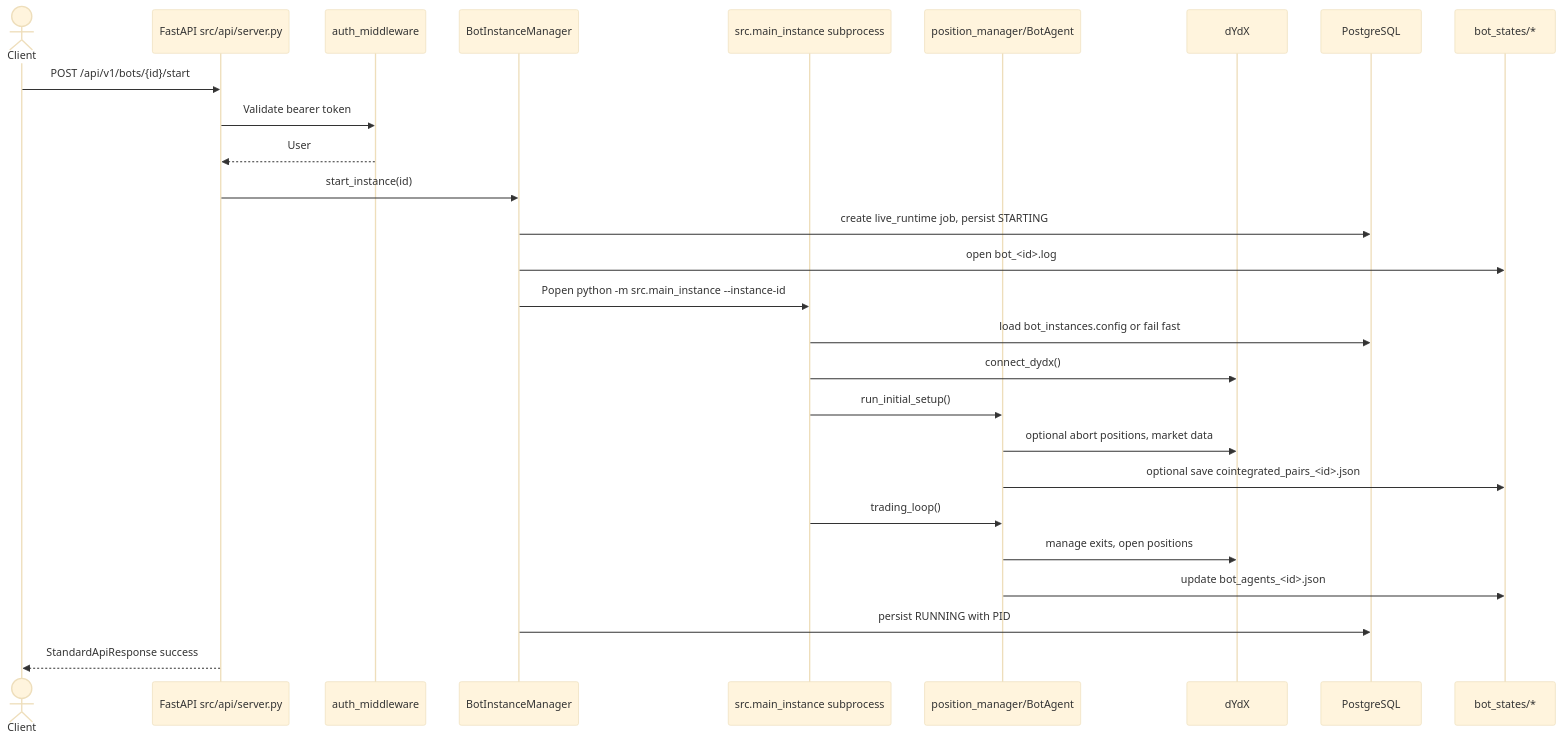
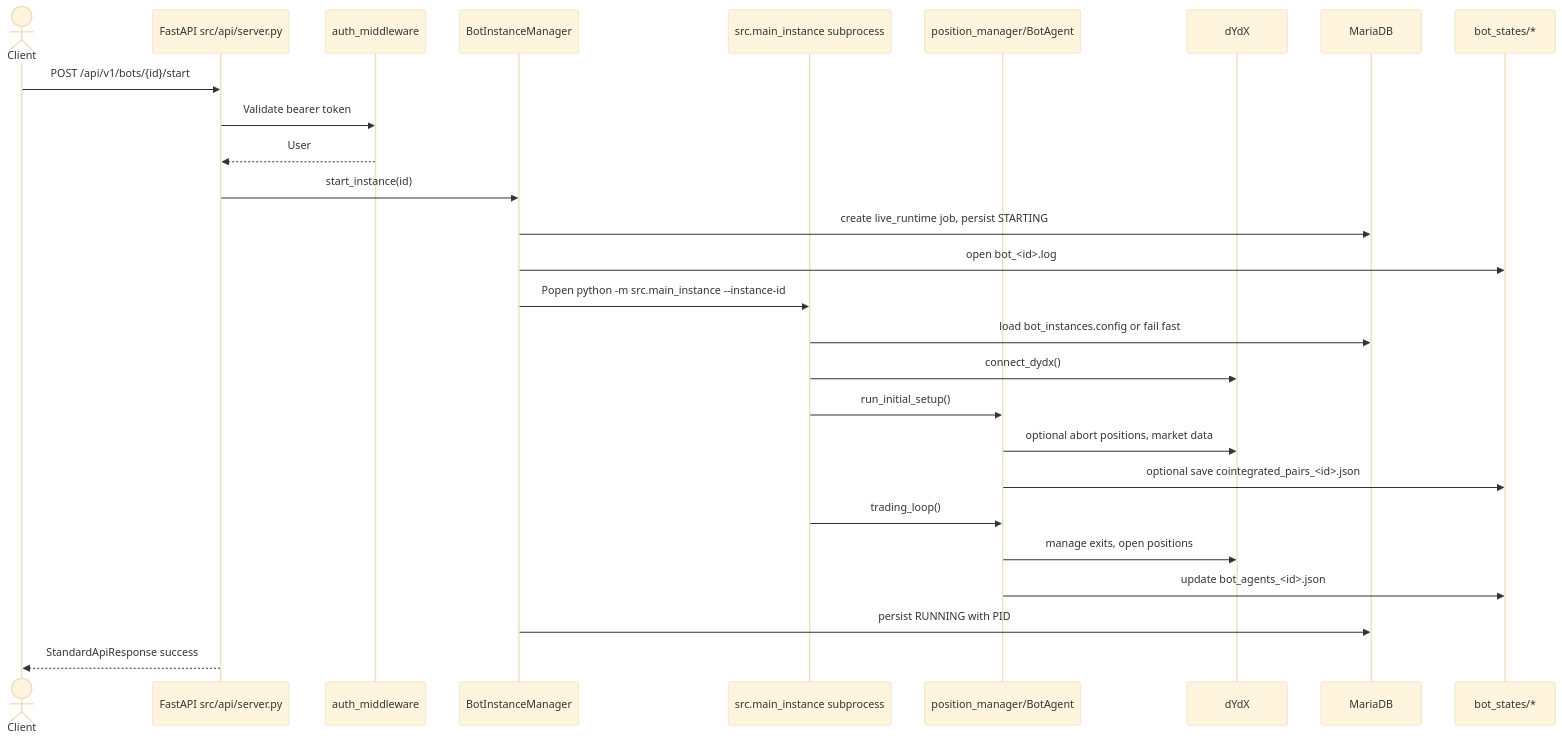
Before and after one commit to cploutarchou/dydx-trading-bot: the sixth of 9 diagrams in bot/docs/BOT_FLOWS.md, drawn with Mermaid (base theme). The commit also changed other lines of this file and 128 other files, not shown here.

First line of the commit message:
feat: migrate from PostgreSQL to MariaDB 11.4

````diff
--- a/bot/docs/BOT_FLOWS.md
+++ b/bot/docs/BOT_FLOWS.md
@@ -409,30 +409,30 @@
 ```mermaid
 sequenceDiagram
     actor Client
     participant API as FastAPI src/api/server.py
     participant Auth as auth_middleware
     participant Manager as BotInstanceManager
     participant Worker as src.main_instance subprocess
     participant Runtime as position_manager/BotAgent
     participant Exchange as dYdX
-    participant DB as PostgreSQL
+    participant DB as MariaDB
     participant Files as bot_states/*
 
     Client->>API: POST /api/v1/bots/{id}/start
     API->>Auth: Validate bearer token
     Auth-->>API: User
     API->>Manager: start_instance(id)
     Manager->>DB: create live_runtime job, persist STARTING
     Manager->>Files: open bot_<id>.log
     Manager->>Worker: Popen python -m src.main_instance --instance-id
     Worker->>DB: load bot_instances.config or fail fast
     Worker->>Exchange: connect_dydx()
     Worker->>Runtime: run_initial_setup()
     Runtime->>Exchange: optional abort positions, market data
     Runtime->>Files: optional save cointegrated_pairs_<id>.json
     Worker->>Runtime: trading_loop()
     Runtime->>Exchange: manage exits, open positions
     Runtime->>Files: update bot_agents_<id>.json
     Manager->>DB: persist RUNNING with PID
     API-->>Client: StandardApiResponse success
 ```
````
